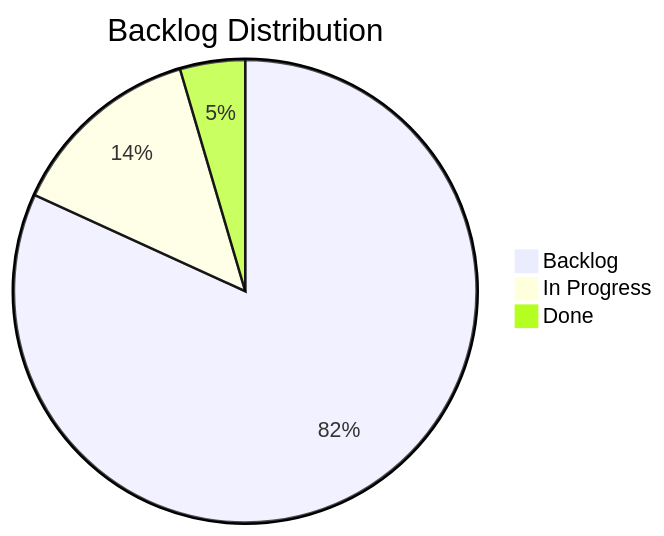
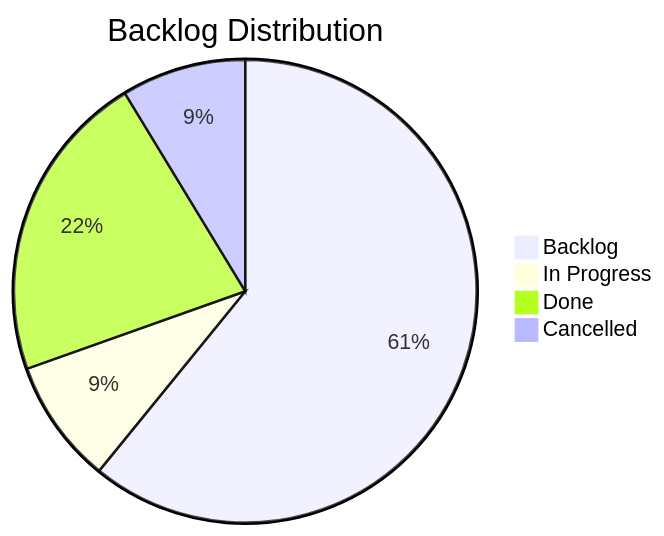
Before and after one commit to TheCodeCreature/Hytale-Example-Plugin: the diagram in docs/board.md, drawn with Mermaid. The commit also changed other lines of this file and 30 other files, not shown here.

````diff
--- a/docs/board.md
+++ b/docs/board.md
@@ -7,6 +7,7 @@
 ```mermaid
 pie title Backlog Distribution
-    "Backlog" : 18
-    "In Progress" : 3
-    "Done" : 1
+    "Backlog" : 14
+    "In Progress" : 2
+    "Done" : 5
+    "Cancelled" : 2
 ```
````
